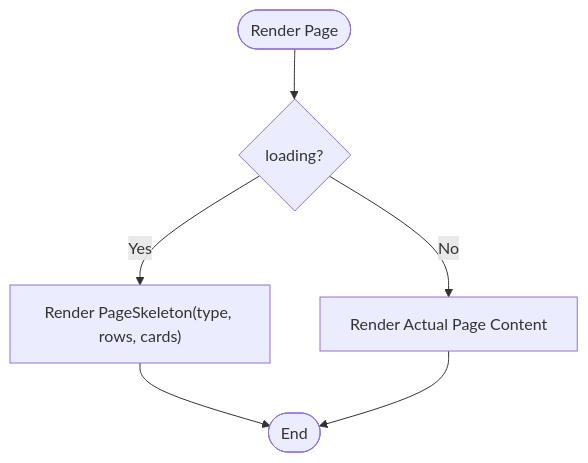
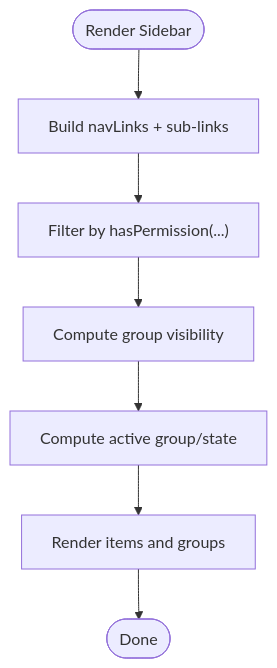
Before and after one commit to Lazynerd-Studios/lacarte-atlas-console: the third of 4 diagrams in .qoder/repowiki/en/content/Core UI Components/Layout Components.md, drawn with Mermaid. The commit also changed other lines of this file and 139 other files, not shown here.

````diff
--- a/.qoder/repowiki/en/content/Core UI Components/Layout Components.md
+++ b/.qoder/repowiki/en/content/Core UI Components/Layout Components.md
@@ -210,8 +191,9 @@
 ```mermaid
 flowchart TD
-Start(["Render Page"]) --> CheckLoading{"loading?"}
-CheckLoading --> |Yes| ShowSkeleton["Render PageSkeleton(type, rows, cards)"]
-CheckLoading --> |No| RenderContent["Render Actual Page Content"]
-ShowSkeleton --> End(["End"])
-RenderContent --> End
+Start(["Render Sidebar"]) --> LoadNav["Build navLinks + sub-links"]
+LoadNav --> CheckPerms["Filter by hasPermission(...)"]
+CheckPerms --> Groups["Compute group visibility"]
+Groups --> Active["Compute active group/state"]
+Active --> Render["Render items and groups"]
+Render --> End(["Done"])
 ```
````
